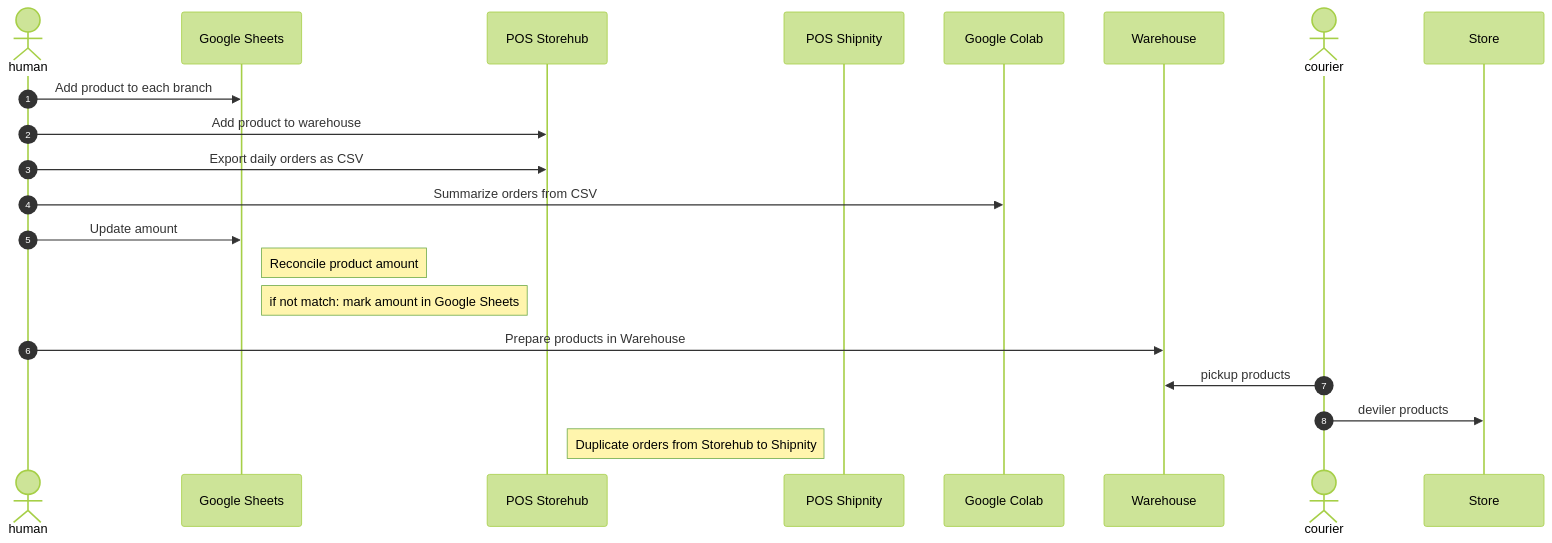
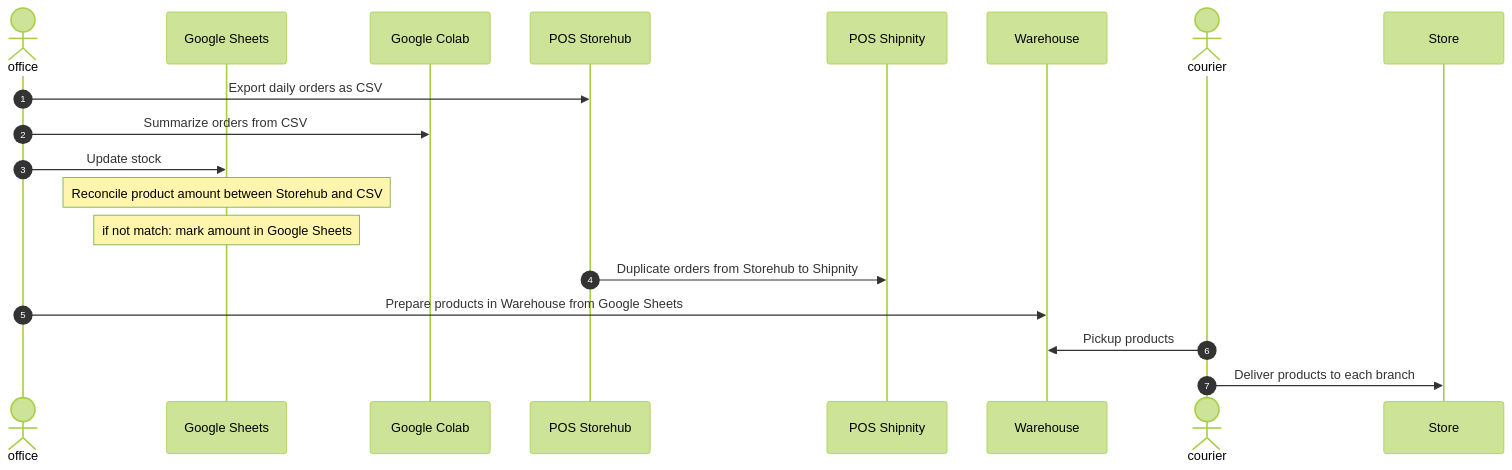
Before and after one commit to turboza/urthe-documentation: the second of 2 diagrams in offline-flow.md, drawn with Mermaid (forest theme). The commit also changed other lines of this file and 1 other file, not shown here.

Commit message:
Update online and offline flow

````diff
--- a/offline-flow.md
+++ b/offline-flow.md
@@ -12,25 +32,23 @@
 ```mermaid
 sequenceDiagram
-    actor human
+    actor office
     participant Google Sheets
+    participant Google Colab
     participant POS Storehub
     participant POS Shipnity
-    participant Google Colab
     participant Warehouse
     actor courier
     participant Store
 
     autonumber
 
-    human->>Google Sheets: Add product to each branch
-    human->>POS Storehub: Add product to warehouse
-    human->>POS Storehub: Export daily orders as CSV
-    human->>Google Colab: Summarize orders from CSV
-    human->>Google Sheets: Update amount
-    Note right of Google Sheets: Reconcile product amount
-    Note right of Google Sheets: if not match: mark amount in Google Sheets
-    human->>Warehouse: Prepare products in Warehouse
-    courier->>Warehouse: pickup products
-    courier->>Store: deviler products
-    Note right of POS Storehub: Duplicate orders from Storehub to Shipnity
+    office->>POS Storehub: Export daily orders as CSV
+    office->>Google Colab: Summarize orders from CSV
+    office->>Google Sheets: Update stock
+    Note over Google Sheets: Reconcile product amount between Storehub and CSV
+    Note over Google Sheets: if not match: mark amount in Google Sheets
+    POS Storehub->>POS Shipnity: Duplicate orders from Storehub to Shipnity
+    office->>Warehouse: Prepare products in Warehouse from Google Sheets
+    courier->>Warehouse: Pickup products
+    courier->>Store: Deliver products to each branch
 ```
````
